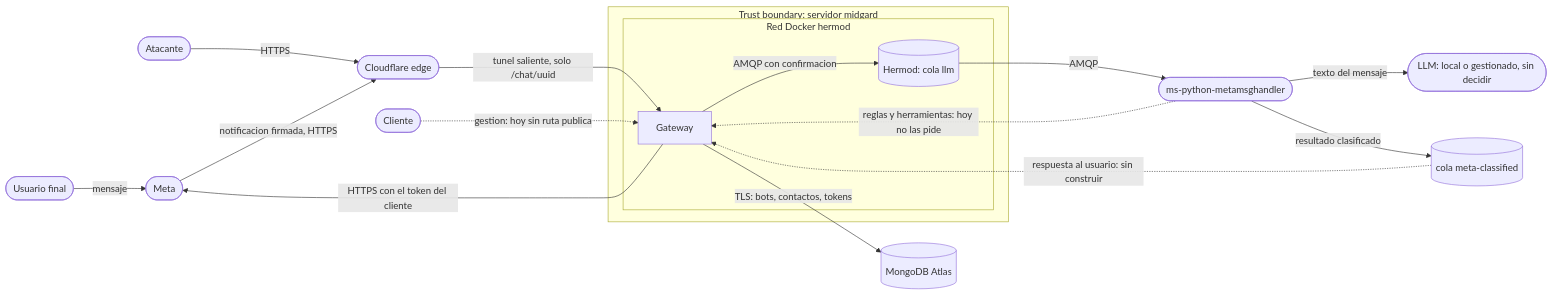
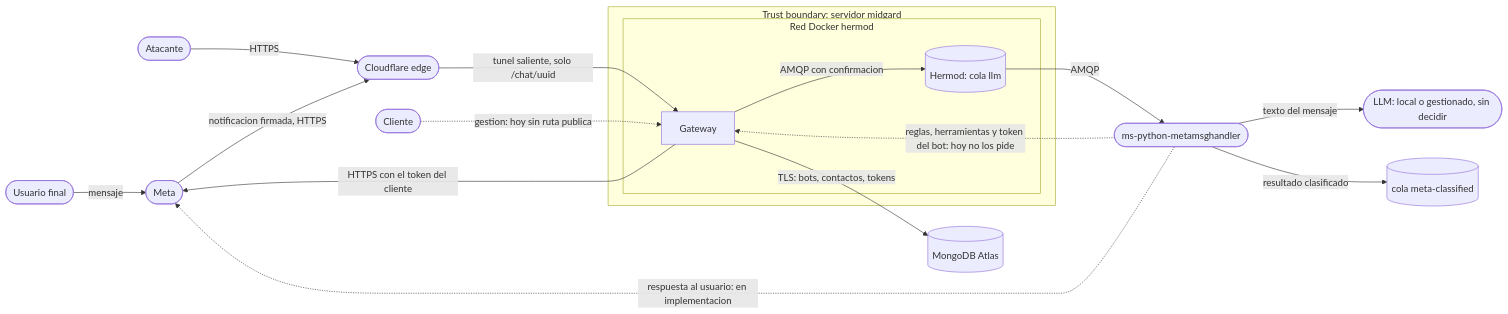
Before and after one commit to jeremialcala/wh-python-fastapi-messenger: the fourth of 5 diagrams in docs/01-requirements/mvp-baas-gateway.md, drawn with Mermaid. The commit also changed other lines of this file and 6 other files, not shown here.

````diff
--- a/docs/01-requirements/mvp-baas-gateway.md
+++ b/docs/01-requirements/mvp-baas-gateway.md
@@ -266,20 +269,20 @@
 ```mermaid
 flowchart LR
     U([Usuario final]) -->|mensaje| META([Meta])
     ATK([Atacante]) -->|HTTPS| CF
     META -->|"notificacion firmada, HTTPS"| CF([Cloudflare edge])
     CF -->|"tunel saliente, solo /chat/uuid"| GW
     CLI([Cliente]) -.->|"gestion: hoy sin ruta publica"| GW
     subgraph SRV [Trust boundary: servidor midgard]
       subgraph NET [Red Docker hermod]
         GW[Gateway] -->|"AMQP con confirmacion"| Q[(Hermod: cola llm)]
       end
     end
     GW -->|"TLS: bots, contactos, tokens"| DB[(MongoDB Atlas)]
     GW -->|"HTTPS con el token del cliente"| META
     Q -->|AMQP| MOTOR([ms-python-metamsghandler])
     MOTOR -->|"texto del mensaje"| LLM([LLM: local o gestionado, sin decidir])
     MOTOR -->|"resultado clasificado"| Q2[(cola meta-classified)]
-    MOTOR -.->|"reglas y herramientas: hoy no las pide"| GW
-    Q2 -.->|"respuesta al usuario: sin construir"| GW
+    MOTOR -.->|"reglas, herramientas y token del bot: hoy no los pide"| GW
+    MOTOR -.->|"respuesta al usuario: en implementacion"| META
 ```
````
